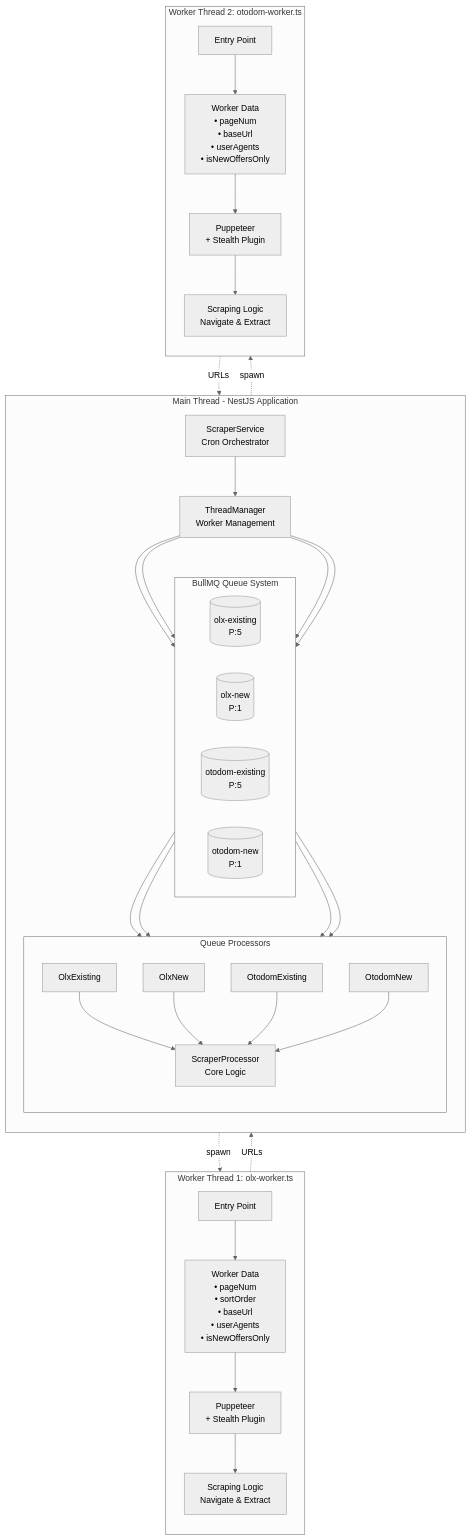
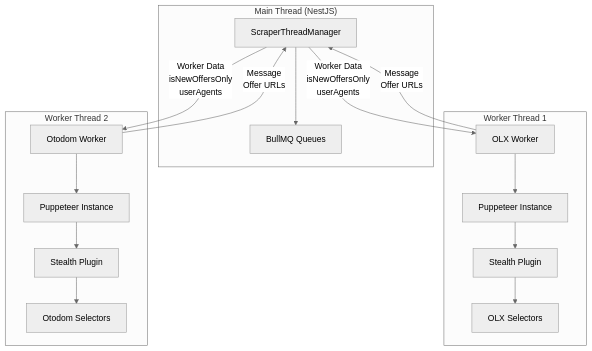
The sixth of 8 diagrams in README.md (Mieszkaniownik/mieszkaniownik), drawn with Mermaid (neutral theme) before and after one commit. The commit also changed other lines of this file and 3 other files, not shown here.

````diff
--- a/README.md
+++ b/README.md
@@ -379,73 +352,37 @@
 ```mermaid
 graph TB
-    subgraph MAIN["Main Thread - NestJS Application"]
-        direction TB
-        SS[ScraperService<br/>Cron Orchestrator]
-        STM[ThreadManager<br/>Worker Management]
-
-        SS --> STM
-
-        subgraph QUEUES["BullMQ Queue System"]
-            direction LR
-            OEQ[(olx-existing<br/>P:5)]
-            ONQ[(olx-new<br/>P:1)]
-            OTEQ[(otodom-existing<br/>P:5)]
-            OTNQ[(otodom-new<br/>P:1)]
-        end
-
-        subgraph PROC["Queue Processors"]
-            direction TB
-            OEP[OlxExisting]
-            ONP[OlxNew]
-            OTEP[OtodomExisting]
-            OTNP[OtodomNew]
-            SP[ScraperProcessor<br/>Core Logic]
-
-            OEP --> SP
-            ONP --> SP
-            OTEP --> SP
-            OTNP --> SP
-        end
+    subgraph "Main Thread (NestJS)"
+        STM[ScraperThreadManager]
+        QUEUES[BullMQ Queues]
     end
 
-    subgraph WT1["Worker Thread 1: olx-worker.ts"]
-        direction TB
-        OW[Entry Point]
-        OW_DATA[Worker Data<br/>• pageNum<br/>• sortOrder<br/>• baseUrl<br/>• userAgents<br/>• isNewOffersOnly]
-        OW_PUPPET[Puppeteer<br/>+ Stealth Plugin]
-        OW_LOGIC[Scraping Logic<br/>Navigate & Extract]
-
-        OW --> OW_DATA
-        OW_DATA --> OW_PUPPET
-        OW_PUPPET --> OW_LOGIC
+    subgraph "Worker Thread 1"
+        EOW_MAIN[OLX Worker]
+        EOW_PUPPETEER[Puppeteer Instance]
+        EOW_STEALTH[Stealth Plugin]
+        EOW_SELECTORS[OLX Selectors]
     end
 
-    subgraph WT2["Worker Thread 2: otodom-worker.ts"]
-        direction TB
-        OTW[Entry Point]
-        OTW_DATA[Worker Data<br/>• pageNum<br/>• baseUrl<br/>• userAgents<br/>• isNewOffersOnly]
-        OTW_PUPPET[Puppeteer<br/>+ Stealth Plugin]
-        OTW_LOGIC[Scraping Logic<br/>Navigate & Extract]
-
-        OTW --> OTW_DATA
-        OTW_DATA --> OTW_PUPPET
-        OTW_PUPPET --> OTW_LOGIC
+    subgraph "Worker Thread 2"
+        EOTW_MAIN[Otodom Worker]
+        EOTW_PUPPETEER[Puppeteer Instance]
+        EOTW_STEALTH[Stealth Plugin]
+        EOTW_SELECTORS[Otodom Selectors]
     end
 
-    %% Main Thread spawns Workers
-    STM -.->|spawn| OW
-    STM -.->|spawn| OTW
+    STM -->|Worker Data<br/>isNewOffersOnly<br/>userAgents| EOW_MAIN
+    STM -->|Worker Data<br/>isNewOffersOnly<br/>userAgents| EOTW_MAIN
 
-    %% Workers return to Main Thread
-    OW_LOGIC -.->|URLs| STM
-    OTW_LOGIC -.->|URLs| STM
+    EOW_MAIN --> EOW_PUPPETEER
+    EOW_PUPPETEER --> EOW_STEALTH
+    EOW_STEALTH --> EOW_SELECTORS
 
-    %% Main Thread queues URLs
-    STM --> OEQ & ONQ & OTEQ & OTNQ
+    EOTW_MAIN --> EOTW_PUPPETEER
+    EOTW_PUPPETEER --> EOTW_STEALTH
+    EOTW_STEALTH --> EOTW_SELECTORS
 
-    %% Queues to Processors
-    OEQ --> OEP
-    ONQ --> ONP
-    OTEQ --> OTEP
-    OTNQ --> OTNP
+    EOW_MAIN -->|Message<br/>Offer URLs| STM
+    EOTW_MAIN -->|Message<br/>Offer URLs| STM
+
+        STM --> QUEUES
 ```
````
